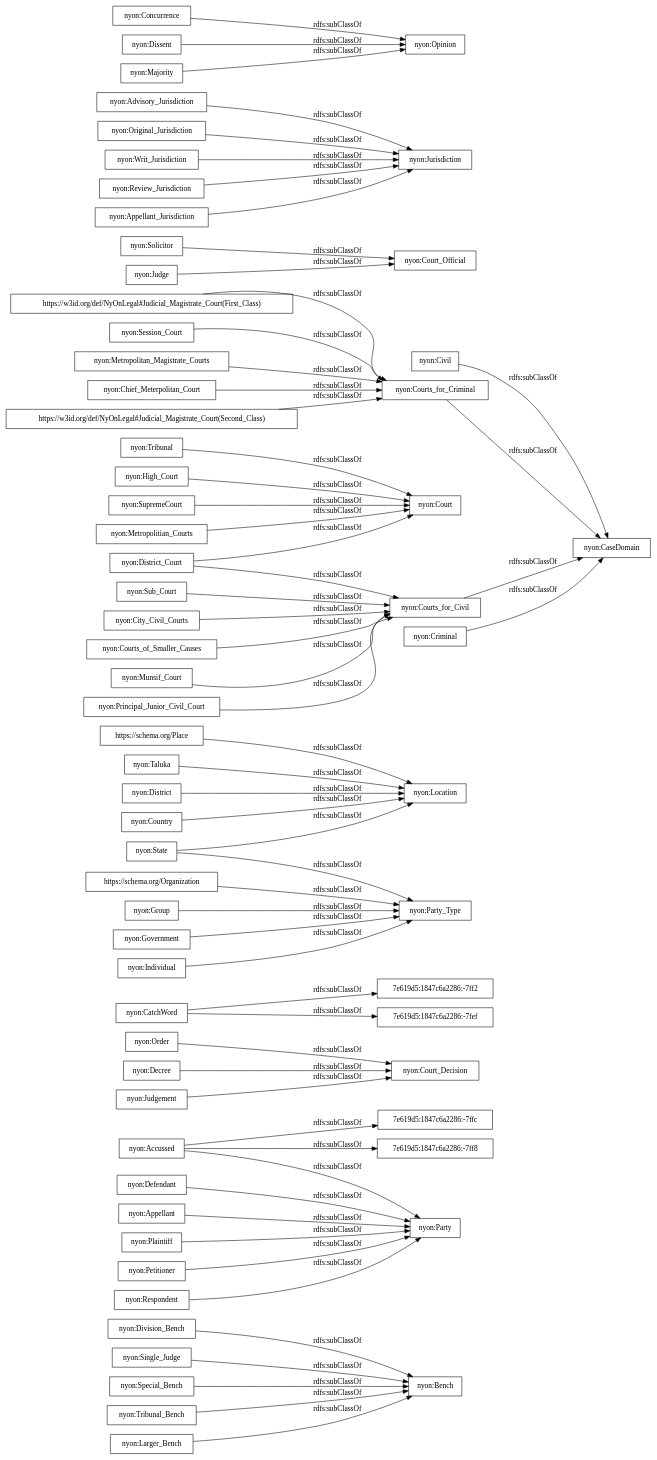
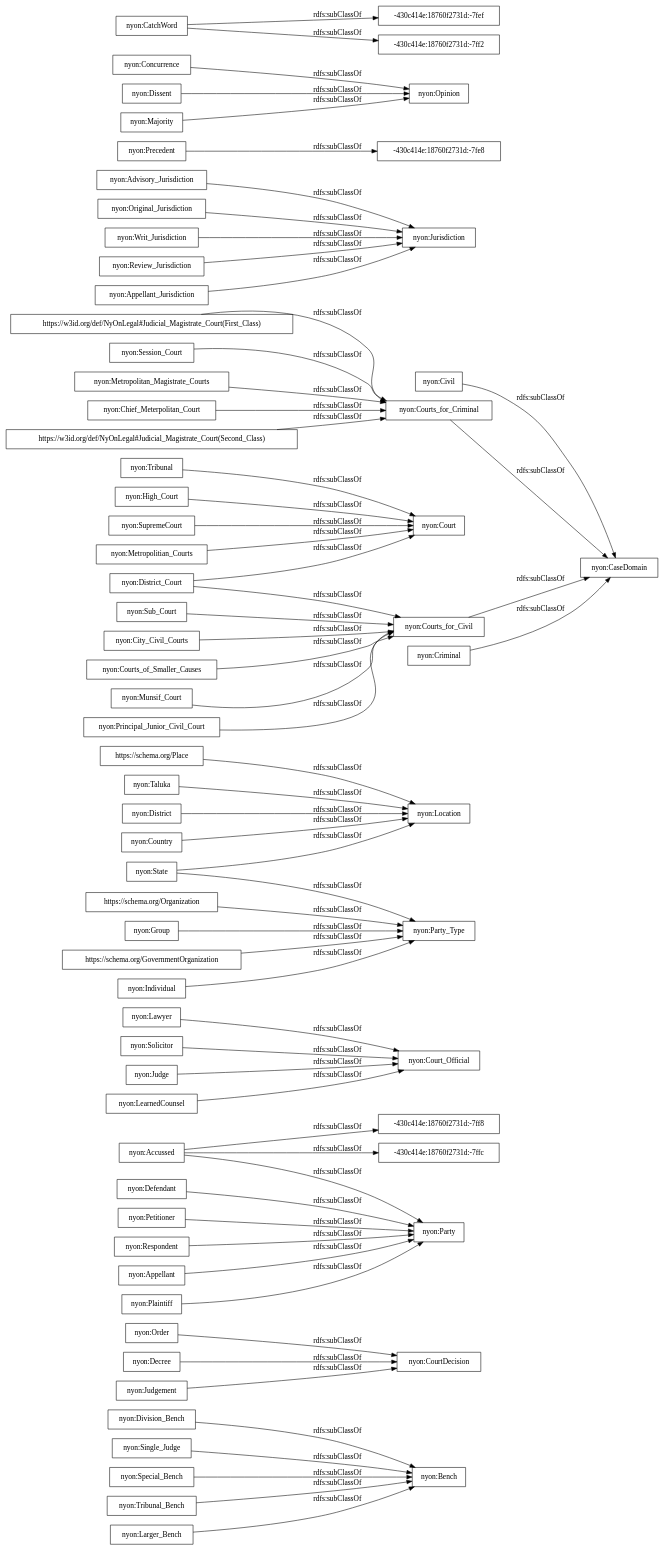
One commit to ahmad88me/NyOn changed the diagram in OnToology/NyOn.owl/diagrams/ar2dtool-taxonomy/NyOn.owl.png.dot. Above: the diagram before and after it, drawn with Graphviz. The commit also changed 22 other files, not shown here.

```diff
--- a/OnToology/NyOn.owl/diagrams/ar2dtool-taxonomy/NyOn.owl.png.dot
+++ b/OnToology/NyOn.owl/diagrams/ar2dtool-taxonomy/NyOn.owl.png.dot
@@ -1,64 +1,67 @@
 digraph ar2dtool_diagram { 
 rankdir=LR;
 size="1000"
-node [shape = rectangle, color="black"]; "nyon:Division_Bench" "7e619d5:1847c6a2286:-7ffc" "nyon:Order" "nyon:Decree" "nyon:Bench" "nyon:Party" "nyon:Court_Decision" "nyon:Defendant" "7e619d5:1847c6a2286:-7ff2" "https://schema.org/Place" "nyon:Accussed" "nyon:Civil" "nyon:Taluka" "nyon:Principal_Junior_Civil_Court" "nyon:Solicitor" "nyon:Advisory_Jurisdiction" "nyon:Single_Judge" "7e619d5:1847c6a2286:-7fef" "nyon:Session_Court" "nyon:Metropolitan_Magistrate_Courts" "nyon:District_Court" "nyon:Chief_Meterpolitan_Court" "nyon:Original_Jurisdiction" "nyon:Court_Official" "nyon:Court" "nyon:High_Court" "https://w3id.org/def/NyOnLegal#Judicial_Magistrate_Court(Second_Class)" "nyon:State" "nyon:Concurrence" "nyon:Courts_for_Criminal" "nyon:Courts_for_Civil" "nyon:Writ_Jurisdiction" "nyon:Location" "nyon:District" "nyon:Review_Jurisdiction" "nyon:City_Civil_Courts" "nyon:Appellant_Jurisdiction" "nyon:SupremeCourt" "nyon:Special_Bench" "nyon:Individual" "nyon:Opinion" "nyon:Judge" "nyon:Courts_of_Smaller_Causes" "nyon:Judgement" "nyon:Tribunal_Bench" "nyon:Jurisdiction" "https://schema.org/Organization" "nyon:Metropolitian_Courts" "nyon:Criminal" "nyon:Group" "nyon:Appellant" "nyon:Munsif_Court" "nyon:CatchWord" "nyon:Dissent" "nyon:Party_Type" "nyon:Plaintiff" "nyon:Country" "nyon:Tribunal" "nyon:Majority" "nyon:Petitioner" "nyon:CaseDomain" "nyon:Sub_Court" "nyon:Larger_Bench" "7e619d5:1847c6a2286:-7ff8" "https://w3id.org/def/NyOnLegal#Judicial_Magistrate_Court(First_Class)" "nyon:Respondent" "nyon:Government" ; /*classes style*/
+node [shape = rectangle, color="black"]; "nyon:Division_Bench" "nyon:Order" "nyon:Decree" "nyon:Bench" "nyon:Party" "nyon:Defendant" "nyon:Lawyer" "https://schema.org/Place" "nyon:Accussed" "nyon:Civil" "nyon:Taluka" "nyon:Principal_Junior_Civil_Court" "nyon:Solicitor" "nyon:Advisory_Jurisdiction" "nyon:Single_Judge" "nyon:Session_Court" "nyon:Metropolitan_Magistrate_Courts" "nyon:District_Court" "nyon:Chief_Meterpolitan_Court" "nyon:Original_Jurisdiction" "nyon:Court_Official" "nyon:Precedent" "nyon:Court" "nyon:High_Court" "https://w3id.org/def/NyOnLegal#Judicial_Magistrate_Court(Second_Class)" "nyon:State" "nyon:Concurrence" "nyon:Courts_for_Criminal" "nyon:Courts_for_Civil" "nyon:Writ_Jurisdiction" "nyon:Location" "nyon:District" "nyon:Review_Jurisdiction" "nyon:City_Civil_Courts" "nyon:Appellant_Jurisdiction" "nyon:SupremeCourt" "nyon:Special_Bench" "nyon:Individual" "-430c414e:18760f2731d:-7ffc" "nyon:Opinion" "nyon:Judge" "nyon:Courts_of_Smaller_Causes" "nyon:Judgement" "nyon:LearnedCounsel" "nyon:Tribunal_Bench" "nyon:Jurisdiction" "-430c414e:18760f2731d:-7fef" "https://schema.org/Organization" "nyon:Metropolitian_Courts" "nyon:Criminal" "nyon:Group" "nyon:Appellant" "nyon:Munsif_Court" "nyon:CatchWord" "-430c414e:18760f2731d:-7ff2" "nyon:Dissent" "nyon:Party_Type" "nyon:Plaintiff" "nyon:Country" "nyon:CourtDecision" "nyon:Tribunal" "nyon:Majority" "nyon:Petitioner" "-430c414e:18760f2731d:-7fe8" "-430c414e:18760f2731d:-7ff8" "nyon:CaseDomain" "nyon:Sub_Court" "https://schema.org/GovernmentOrganization" "nyon:Larger_Bench" "https://w3id.org/def/NyOnLegal#Judicial_Magistrate_Court(First_Class)" "nyon:Respondent" ; /*classes style*/
 	"nyon:Writ_Jurisdiction" -> "nyon:Jurisdiction" [ label = "rdfs:subClassOf" ];
 	"nyon:Special_Bench" -> "nyon:Bench" [ label = "rdfs:subClassOf" ];
 	"https://schema.org/Place" -> "nyon:Location" [ label = "rdfs:subClassOf" ];
 	"nyon:Judge" -> "nyon:Court_Official" [ label = "rdfs:subClassOf" ];
 	"nyon:Petitioner" -> "nyon:Party" [ label = "rdfs:subClassOf" ];
+	"https://schema.org/GovernmentOrganization" -> "nyon:Party_Type" [ label = "rdfs:subClassOf" ];
 	"nyon:Original_Jurisdiction" -> "nyon:Jurisdiction" [ label = "rdfs:subClassOf" ];
 	"nyon:Appellant" -> "nyon:Party" [ label = "rdfs:subClassOf" ];
-	"nyon:Order" -> "nyon:Court_Decision" [ label = "rdfs:subClassOf" ];
+	"nyon:Order" -> "nyon:CourtDecision" [ label = "rdfs:subClassOf" ];
 	"nyon:Review_Jurisdiction" -> "nyon:Jurisdiction" [ label = "rdfs:subClassOf" ];
 	"https://schema.org/Organization" -> "nyon:Party_Type" [ label = "rdfs:subClassOf" ];
 	"nyon:District_Court" -> "nyon:Courts_for_Civil" [ label = "rdfs:subClassOf" ];
 	"nyon:District_Court" -> "nyon:Court" [ label = "rdfs:subClassOf" ];
 	"nyon:Metropolitian_Courts" -> "nyon:Court" [ label = "rdfs:subClassOf" ];
 	"nyon:Munsif_Court" -> "nyon:Courts_for_Civil" [ label = "rdfs:subClassOf" ];
 	"nyon:Respondent" -> "nyon:Party" [ label = "rdfs:subClassOf" ];
 	"nyon:Chief_Meterpolitan_Court" -> "nyon:Courts_for_Criminal" [ label = "rdfs:subClassOf" ];
 	"nyon:Session_Court" -> "nyon:Courts_for_Criminal" [ label = "rdfs:subClassOf" ];
 	"nyon:Majority" -> "nyon:Opinion" [ label = "rdfs:subClassOf" ];
+	"nyon:LearnedCounsel" -> "nyon:Court_Official" [ label = "rdfs:subClassOf" ];
 	"nyon:SupremeCourt" -> "nyon:Court" [ label = "rdfs:subClassOf" ];
 	"nyon:Larger_Bench" -> "nyon:Bench" [ label = "rdfs:subClassOf" ];
 	"nyon:Single_Judge" -> "nyon:Bench" [ label = "rdfs:subClassOf" ];
 	"nyon:Dissent" -> "nyon:Opinion" [ label = "rdfs:subClassOf" ];
-	"nyon:Government" -> "nyon:Party_Type" [ label = "rdfs:subClassOf" ];
 	"nyon:City_Civil_Courts" -> "nyon:Courts_for_Civil" [ label = "rdfs:subClassOf" ];
 	"nyon:District" -> "nyon:Location" [ label = "rdfs:subClassOf" ];
-	"nyon:Decree" -> "nyon:Court_Decision" [ label = "rdfs:subClassOf" ];
+	"nyon:Decree" -> "nyon:CourtDecision" [ label = "rdfs:subClassOf" ];
 	"nyon:High_Court" -> "nyon:Court" [ label = "rdfs:subClassOf" ];
 	"nyon:Courts_for_Civil" -> "nyon:CaseDomain" [ label = "rdfs:subClassOf" ];
 	"nyon:Sub_Court" -> "nyon:Courts_for_Civil" [ label = "rdfs:subClassOf" ];
 	"nyon:Civil" -> "nyon:CaseDomain" [ label = "rdfs:subClassOf" ];
 	"nyon:Plaintiff" -> "nyon:Party" [ label = "rdfs:subClassOf" ];
 	"nyon:State" -> "nyon:Party_Type" [ label = "rdfs:subClassOf" ];
 	"nyon:State" -> "nyon:Location" [ label = "rdfs:subClassOf" ];
 	"nyon:Criminal" -> "nyon:CaseDomain" [ label = "rdfs:subClassOf" ];
 	"nyon:Principal_Junior_Civil_Court" -> "nyon:Courts_for_Civil" [ label = "rdfs:subClassOf" ];
 	"nyon:Tribunal" -> "nyon:Court" [ label = "rdfs:subClassOf" ];
 	"https://w3id.org/def/NyOnLegal#Judicial_Magistrate_Court(Second_Class)" -> "nyon:Courts_for_Criminal" [ label = "rdfs:subClassOf" ];
 	"nyon:Courts_for_Criminal" -> "nyon:CaseDomain" [ label = "rdfs:subClassOf" ];
+	"nyon:Precedent" -> "-430c414e:18760f2731d:-7fe8" [ label = "rdfs:subClassOf" ];
 	"nyon:Concurrence" -> "nyon:Opinion" [ label = "rdfs:subClassOf" ];
-	"nyon:CatchWord" -> "7e619d5:1847c6a2286:-7fef" [ label = "rdfs:subClassOf" ];
-	"nyon:CatchWord" -> "7e619d5:1847c6a2286:-7ff2" [ label = "rdfs:subClassOf" ];
+	"nyon:CatchWord" -> "-430c414e:18760f2731d:-7fef" [ label = "rdfs:subClassOf" ];
+	"nyon:CatchWord" -> "-430c414e:18760f2731d:-7ff2" [ label = "rdfs:subClassOf" ];
 	"nyon:Solicitor" -> "nyon:Court_Official" [ label = "rdfs:subClassOf" ];
 	"nyon:Courts_of_Smaller_Causes" -> "nyon:Courts_for_Civil" [ label = "rdfs:subClassOf" ];
 	"nyon:Defendant" -> "nyon:Party" [ label = "rdfs:subClassOf" ];
-	"nyon:Accussed" -> "7e619d5:1847c6a2286:-7ff8" [ label = "rdfs:subClassOf" ];
-	"nyon:Accussed" -> "7e619d5:1847c6a2286:-7ffc" [ label = "rdfs:subClassOf" ];
+	"nyon:Accussed" -> "-430c414e:18760f2731d:-7ff8" [ label = "rdfs:subClassOf" ];
+	"nyon:Accussed" -> "-430c414e:18760f2731d:-7ffc" [ label = "rdfs:subClassOf" ];
 	"nyon:Accussed" -> "nyon:Party" [ label = "rdfs:subClassOf" ];
 	"nyon:Group" -> "nyon:Party_Type" [ label = "rdfs:subClassOf" ];
 	"nyon:Country" -> "nyon:Location" [ label = "rdfs:subClassOf" ];
 	"nyon:Tribunal_Bench" -> "nyon:Bench" [ label = "rdfs:subClassOf" ];
+	"nyon:Lawyer" -> "nyon:Court_Official" [ label = "rdfs:subClassOf" ];
 	"nyon:Taluka" -> "nyon:Location" [ label = "rdfs:subClassOf" ];
-	"nyon:Judgement" -> "nyon:Court_Decision" [ label = "rdfs:subClassOf" ];
+	"nyon:Judgement" -> "nyon:CourtDecision" [ label = "rdfs:subClassOf" ];
 	"nyon:Division_Bench" -> "nyon:Bench" [ label = "rdfs:subClassOf" ];
 	"nyon:Advisory_Jurisdiction" -> "nyon:Jurisdiction" [ label = "rdfs:subClassOf" ];
 	"nyon:Metropolitan_Magistrate_Courts" -> "nyon:Courts_for_Criminal" [ label = "rdfs:subClassOf" ];
 	"nyon:Appellant_Jurisdiction" -> "nyon:Jurisdiction" [ label = "rdfs:subClassOf" ];
 	"nyon:Individual" -> "nyon:Party_Type" [ label = "rdfs:subClassOf" ];
 	"https://w3id.org/def/NyOnLegal#Judicial_Magistrate_Court(First_Class)" -> "nyon:Courts_for_Criminal" [ label = "rdfs:subClassOf" ];
 
 }
```
